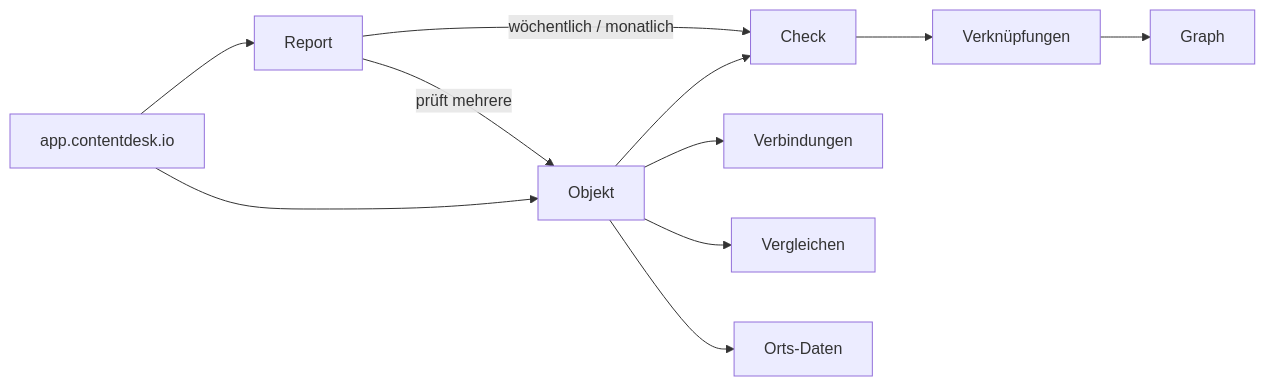
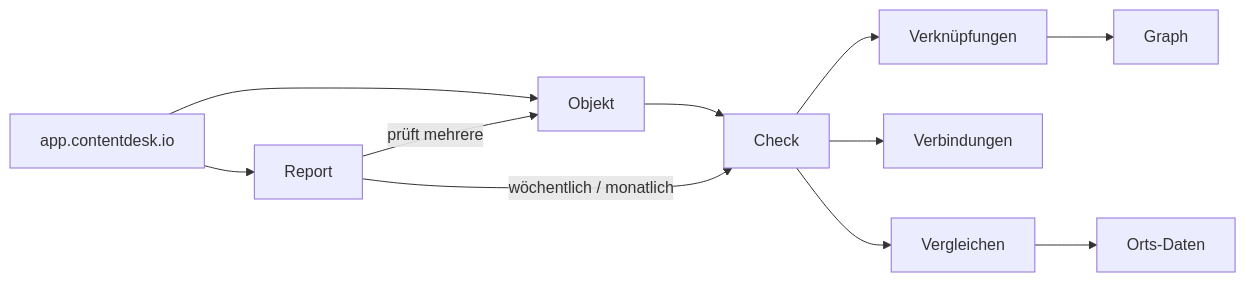
The first of 2 diagrams in docs/connect/app.contentdesk.io/index.md (tsolenthaler/docs.contentdesk.io), drawn with Mermaid before and after one commit. The commit also changed other lines of this file, not shown here.

Commit message:
Refactor index.md to update section heading for location data

````diff
--- a/docs/connect/app.contentdesk.io/index.md
+++ b/docs/connect/app.contentdesk.io/index.md
@@ -12,13 +12,13 @@
 ``` mermaid
 flowchart LR
     app.contentdesk.io-->Objekt
     app.contentdesk.io-->Report
     Objekt-->Check
     Report-->|prüft mehrere|Objekt
     Report-->|wöchentlich / monatlich|Check
     Check-->AssociationType[Verknüpfungen]
     AssociationType[Verknüpfungen]-->Graph
-    Objekt-->Connect[Verbindungen]
-    Objekt-->Compare[Vergleichen]
-    Objekt-->Place[Orts-Daten]
+    Check-->Connect[Verbindungen]
+    Check-->Compare[Vergleichen]
+    Compare-->Place[Orts-Daten]
 ```
````
